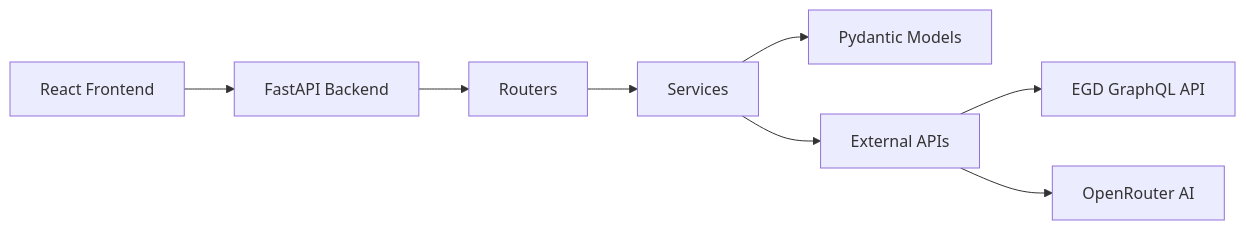
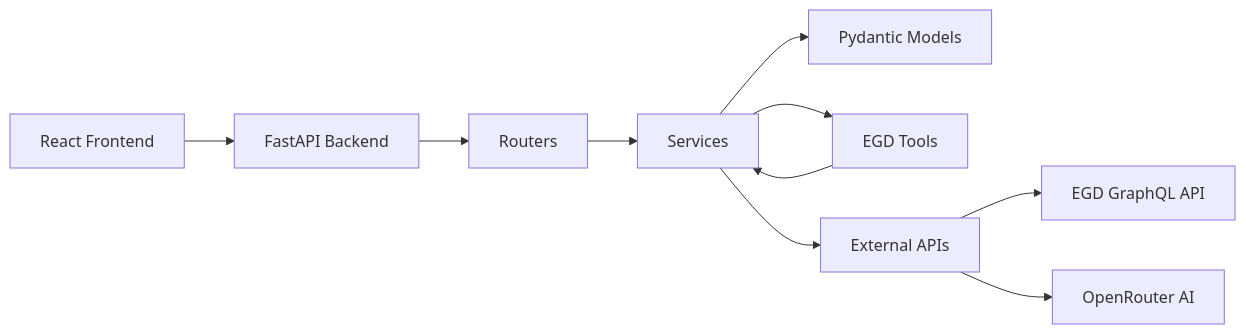
One commit to Ragnar1999/GoNow changed the third of 3 diagrams in .qoder/repowiki/en/content/Project Overview.md. Above: the diagram before and after it, drawn with Mermaid. The commit also changed other lines of this file and 10 other files, not shown here.

````diff
--- a/.qoder/repowiki/en/content/Project Overview.md
+++ b/.qoder/repowiki/en/content/Project Overview.md
@@ -311,10 +406,12 @@
 ```mermaid
 graph LR
 Frontend["React Frontend"] --> Backend["FastAPI Backend"]
 Backend --> Routers["Routers"]
 Routers --> Services["Services"]
 Services --> Models["Pydantic Models"]
+Services --> Tools["EGD Tools"]
+Tools --> Services
 Services --> External["External APIs"]
 External --> EGD["EGD GraphQL API"]
 External --> OpenRouter["OpenRouter AI"]
 ```
````
